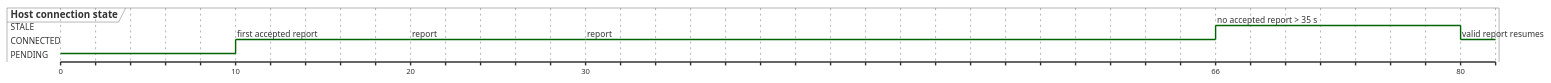
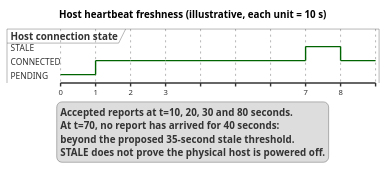
Before and after one commit to Adam-BArbia/fleetluma: the diagram in docs/uml/plantuml/27_timing_heartbeat.puml, drawn with PlantUML. The commit also changed 10 other files, not shown here.

First line of the commit message:
FL-4 qa: validate and correct 29 PlantUML diagrams (#3)

```diff
--- a/docs/uml/plantuml/27_timing_heartbeat.puml
+++ b/docs/uml/plantuml/27_timing_heartbeat.puml
@@ -1,19 +1,22 @@
 @startuml 27_timing_heartbeat
+title Host heartbeat freshness (illustrative, each unit = 10 s)
 robust "Host connection state" as H
 @0
 H is PENDING
-@10
-H is CONNECTED : first accepted report
-@20
-H is CONNECTED : report
-@30
-H is CONNECTED : report
-@66
-H is STALE : no accepted report > 35 s
-@80
-H is CONNECTED : valid report resumes
-note bottom of H
- Times are illustrative. State is computed from
- coordinator receipt time, not agent local clock.
-end note
+@1
+H is CONNECTED
+@2
+H is CONNECTED
+@3
+H is CONNECTED
+@7
+H is STALE
+@8
+H is CONNECTED
+legend bottom
+  Accepted reports at t=10, 20, 30 and 80 seconds.
+  At t=70, no report has arrived for 40 seconds:
+  beyond the proposed 35-second stale threshold.
+  STALE does not prove the physical host is powered off.
+endlegend
 @enduml
```
